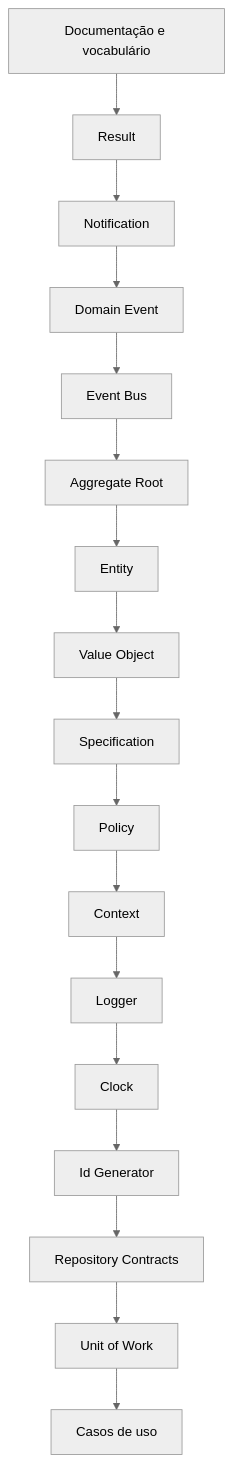
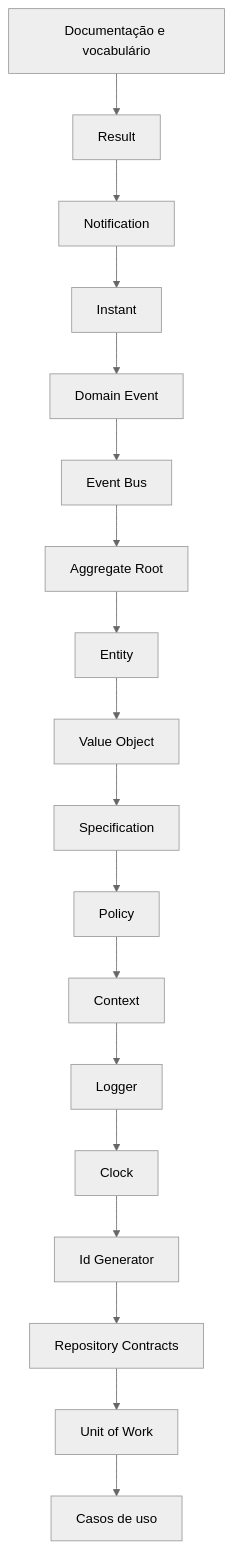
One commit to MauricioGomes02/servir changed the diagram in docs/roadmap.md. Above: the diagram before and after it, drawn with Mermaid (neutral theme). The commit also changed other lines of this file and 20 other files, not shown here.

````diff
--- a/docs/roadmap.md
+++ b/docs/roadmap.md
@@ -23,19 +23,20 @@
 ```mermaid
 flowchart TD
     D[Documentação e vocabulário] --> R[Result]
     R --> N[Notification]
-    N --> DE[Domain Event]
+    N --> I[Instant]
+    I --> DE[Domain Event]
     DE --> EB[Event Bus]
     EB --> AR[Aggregate Root]
     AR --> E[Entity]
     E --> VO[Value Object]
     VO --> S[Specification]
     S --> P[Policy]
     P --> C[Context]
     C --> L[Logger]
     L --> CL[Clock]
     CL --> ID[Id Generator]
     ID --> RC[Repository Contracts]
     RC --> U[Unit of Work]
     U --> UC[Casos de uso]
 ```
````
